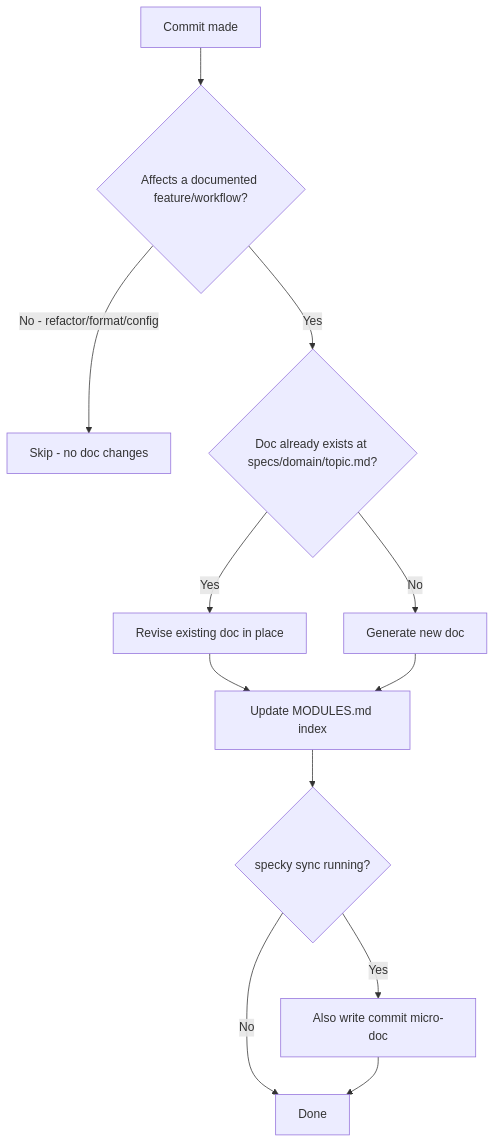
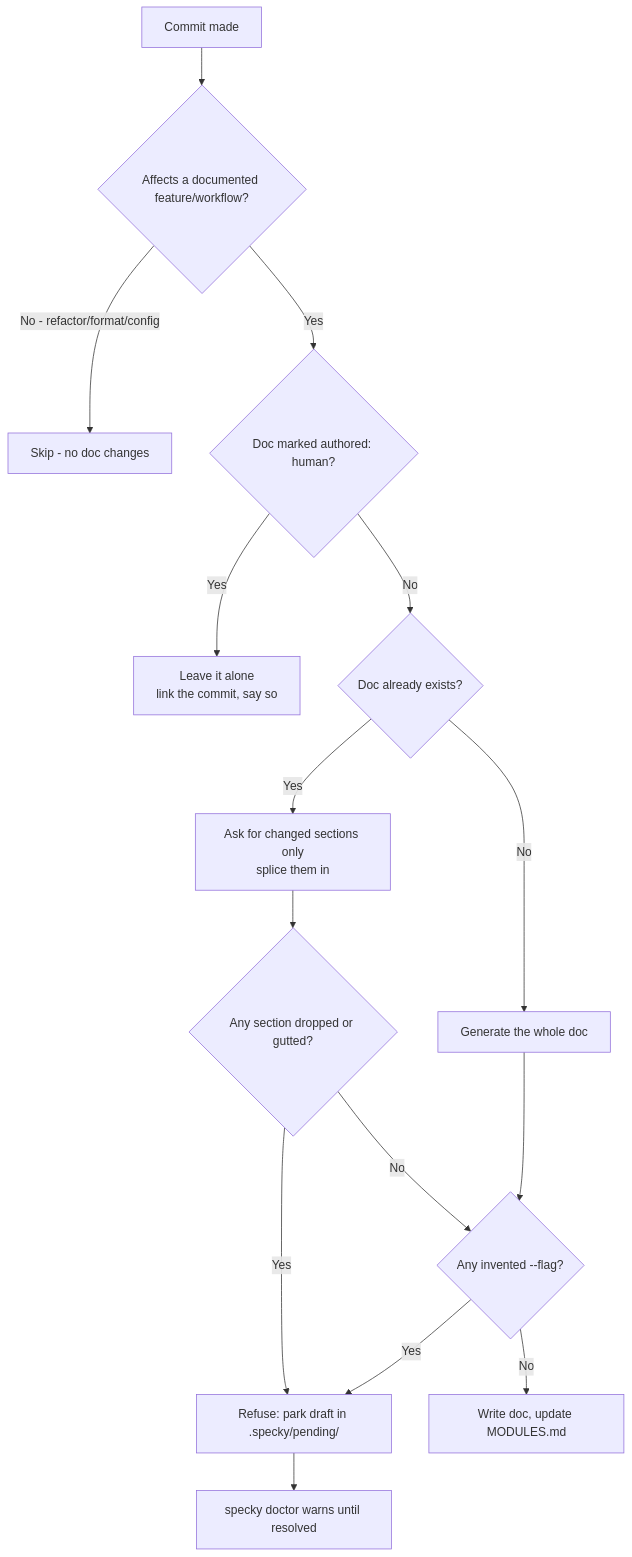
One commit to danyyacoub/specky changed the diagram in specs/documentation/feature-sync.md. Above: the diagram before and after it, drawn with Mermaid. The commit also changed other lines of this file and 15 other files, not shown here.

````diff
--- a/specs/documentation/feature-sync.md
+++ b/specs/documentation/feature-sync.md
@@ -26,14 +27,17 @@
 ```mermaid
 flowchart TD
     A[Commit made] --> B{Affects a documented feature/workflow?}
     B -->|No - refactor/format/config| C[Skip - no doc changes]
-    B -->|Yes| D{Doc already exists at specs/domain/topic.md?}
-    D -->|Yes| E[Revise existing doc in place]
-    D -->|No| F[Generate new doc]
-    E --> G[Update MODULES.md index]
-    F --> G
-    G --> H{specky sync running?}
-    H -->|Yes| I[Also write commit micro-doc]
-    H -->|No| J[Done]
-    I --> J
+    B -->|Yes| D{Doc marked authored: human?}
+    D -->|Yes| E[Leave it alone<br/>link the commit, say so]
+    D -->|No| F{Doc already exists?}
+    F -->|Yes| G[Ask for changed sections only<br/>splice them in]
+    F -->|No| H[Generate the whole doc]
+    G --> I{Any section dropped or gutted?}
+    H --> J{Any invented --flag?}
+    I -->|Yes| K[Refuse: park draft in .specky/pending/]
+    I -->|No| J
+    J -->|Yes| K
+    J -->|No| L[Write doc, update MODULES.md]
+    K --> M[specky doctor warns until resolved]
 ```
````
